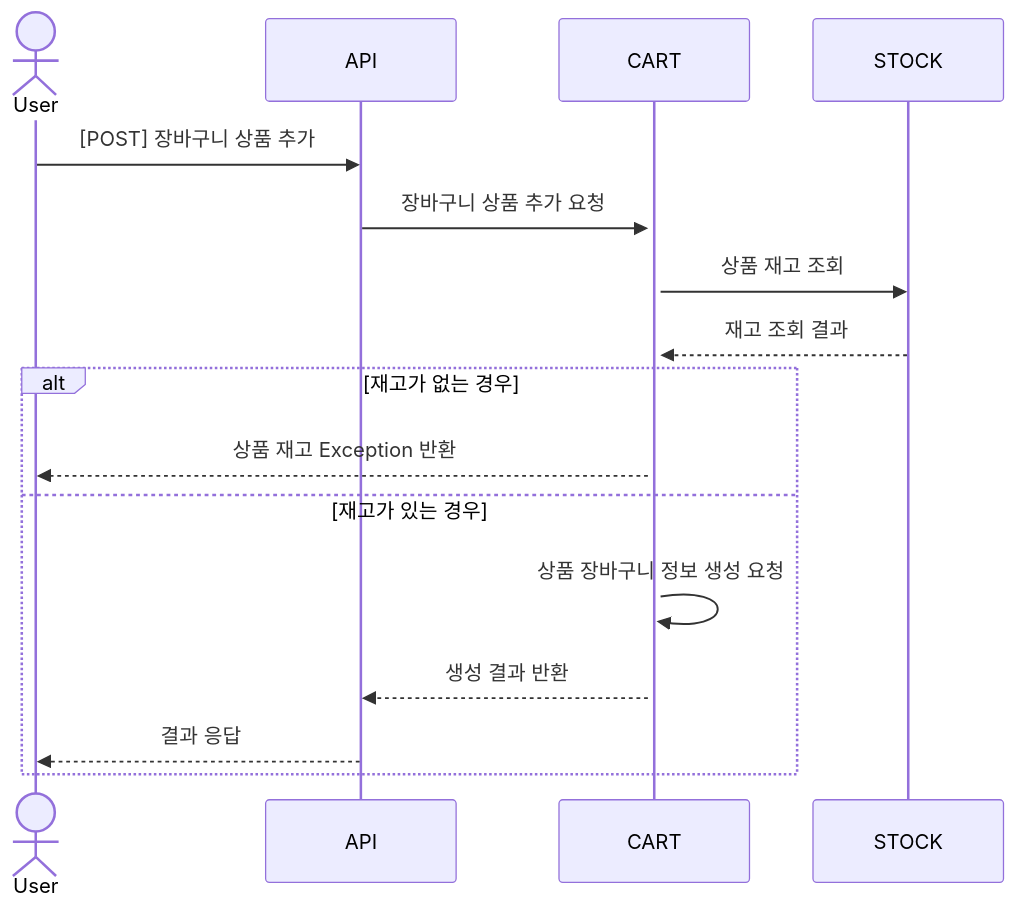
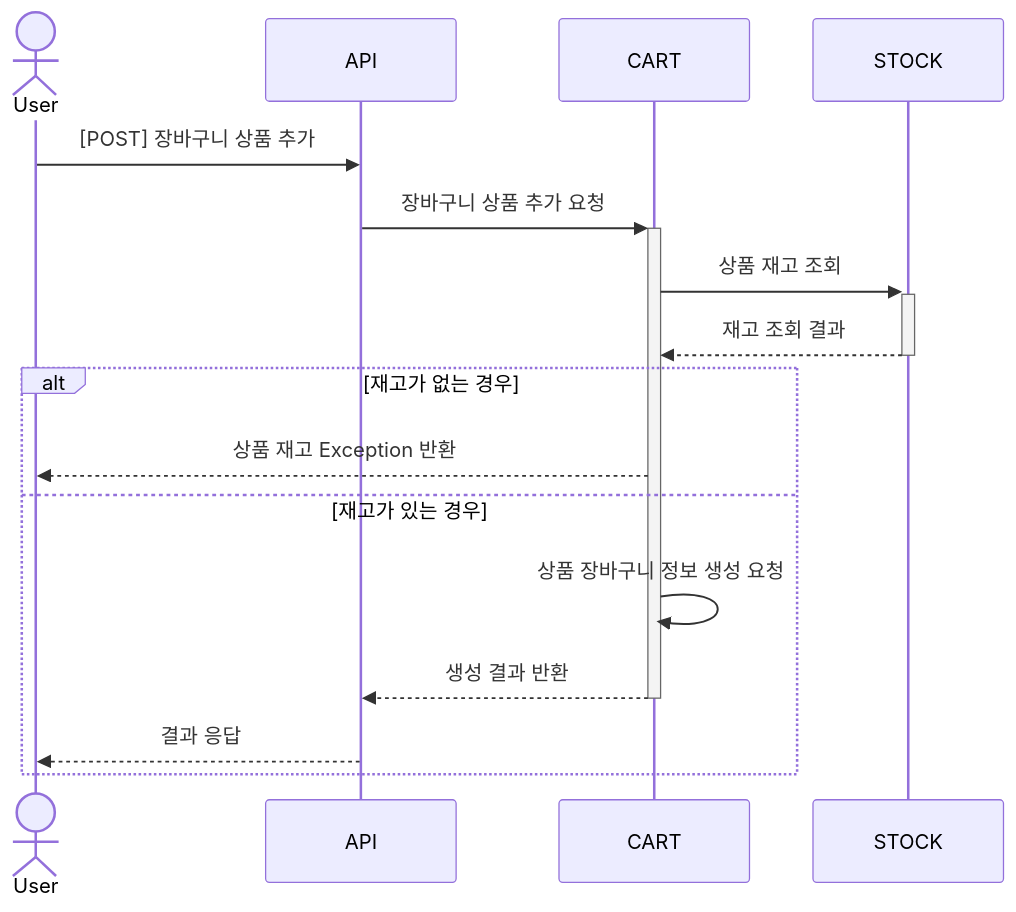
The fourth of 7 diagrams in docs/SequenceDiagram.md (hyunn12/e-commerce), drawn with Mermaid before and after one commit. The commit also changed other lines of this file, not shown here.

Commit message:
docs: 시퀀스 다이어그램 activation bar 수정

````diff
--- a/docs/SequenceDiagram.md
+++ b/docs/SequenceDiagram.md
@@ -63,18 +63,18 @@
 ```mermaid
 sequenceDiagram
     actor User
 
     User->>API: [POST] 장바구니 상품 추가
     API->>+CART: 장바구니 상품 추가 요청
-    CART->>STOCK: 상품 재고 조회
-    STOCK-->>CART: 재고 조회 결과
+    CART->>+STOCK: 상품 재고 조회
+    STOCK-->>-CART: 재고 조회 결과
     
     alt 재고가 없는 경우
         CART-->>User: 상품 재고 Exception 반환
     else 재고가 있는 경우
         CART->>CART: 상품 장바구니 정보 생성 요청
-        CART-->>API: 생성 결과 반환
+        CART-->>-API: 생성 결과 반환
         API-->>User: 결과 응답
     end
 
 ```
````
